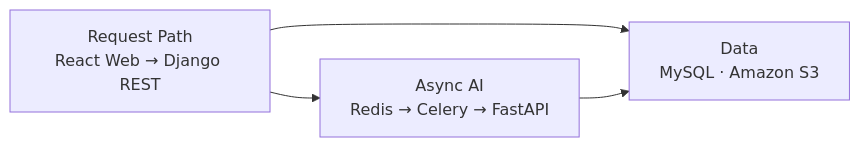
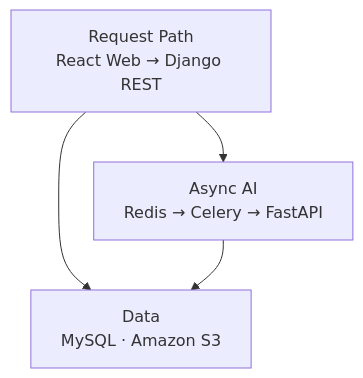
Before and after one commit to bigmooon/mongle-server: the diagram in README.md, drawn with Mermaid. The commit also changed other lines of this file, not shown here.

````diff
--- a/README.md
+++ b/README.md
@@ -22,10 +32,10 @@
 ```mermaid
-flowchart LR
+flowchart TB
     REQUEST["Request Path<br/>React Web → Django REST"]
     DATA["Data<br/>MySQL · Amazon S3"]
     ASYNC["Async AI<br/>Redis → Celery → FastAPI"]
 
     REQUEST --> DATA
     REQUEST --> ASYNC
     ASYNC --> DATA
 ```
````
